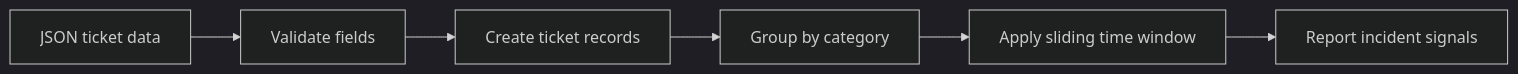
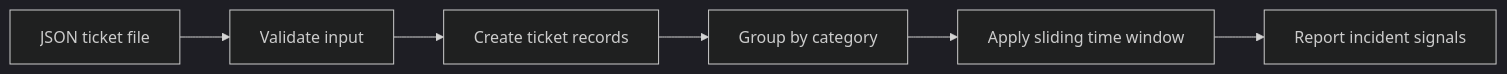
Before and after one commit to kay-freeman/incident-signal: the diagram in README.md, drawn with Mermaid (dark theme). The commit also changed other lines of this file and 4 other files, not shown here.

Commit message:
Support configurable ticket input files

````diff
--- a/README.md
+++ b/README.md
@@ -18,8 +18,8 @@
 ```mermaid
 flowchart LR
-    A[JSON ticket data] --> B[Validate fields]
+    A[JSON ticket file] --> B[Validate input]
     B --> C[Create ticket records]
     C --> D[Group by category]
     D --> E[Apply sliding time window]
     E --> F[Report incident signals]
 ```
````
